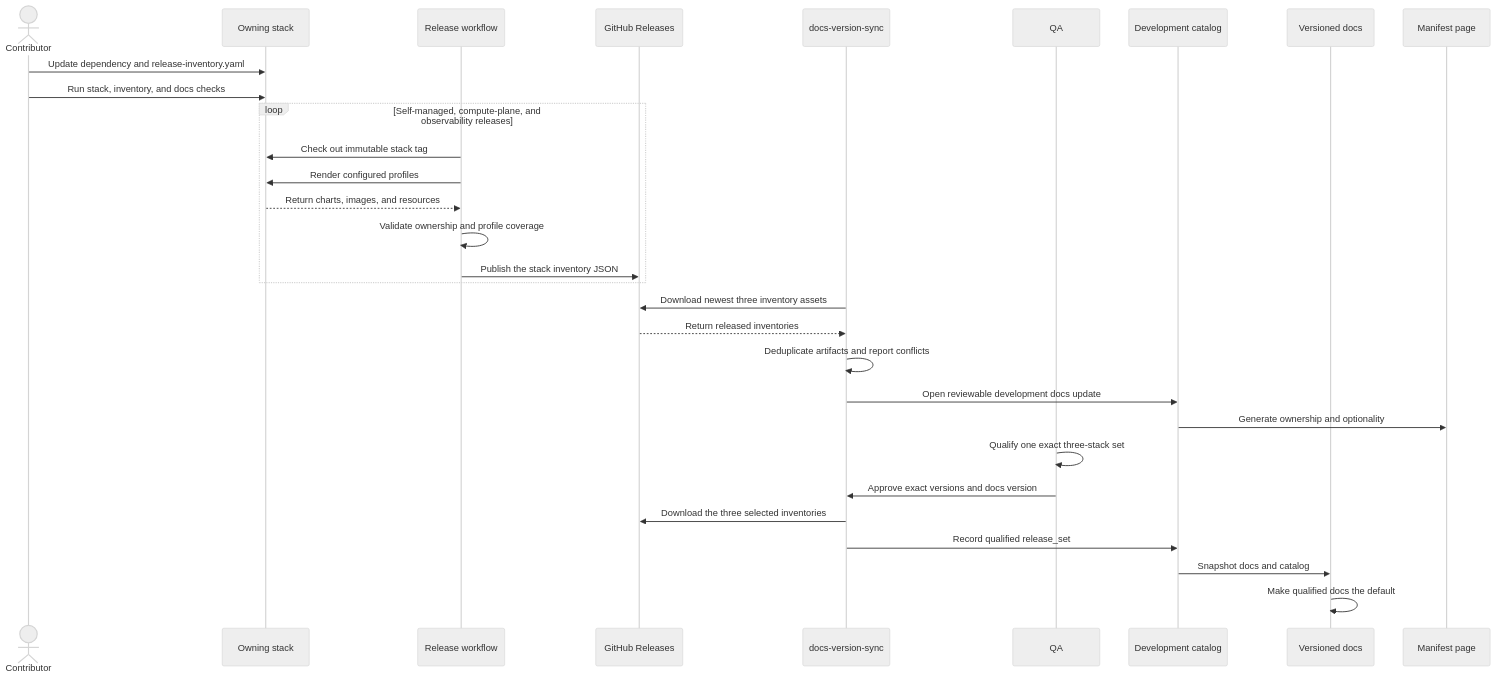
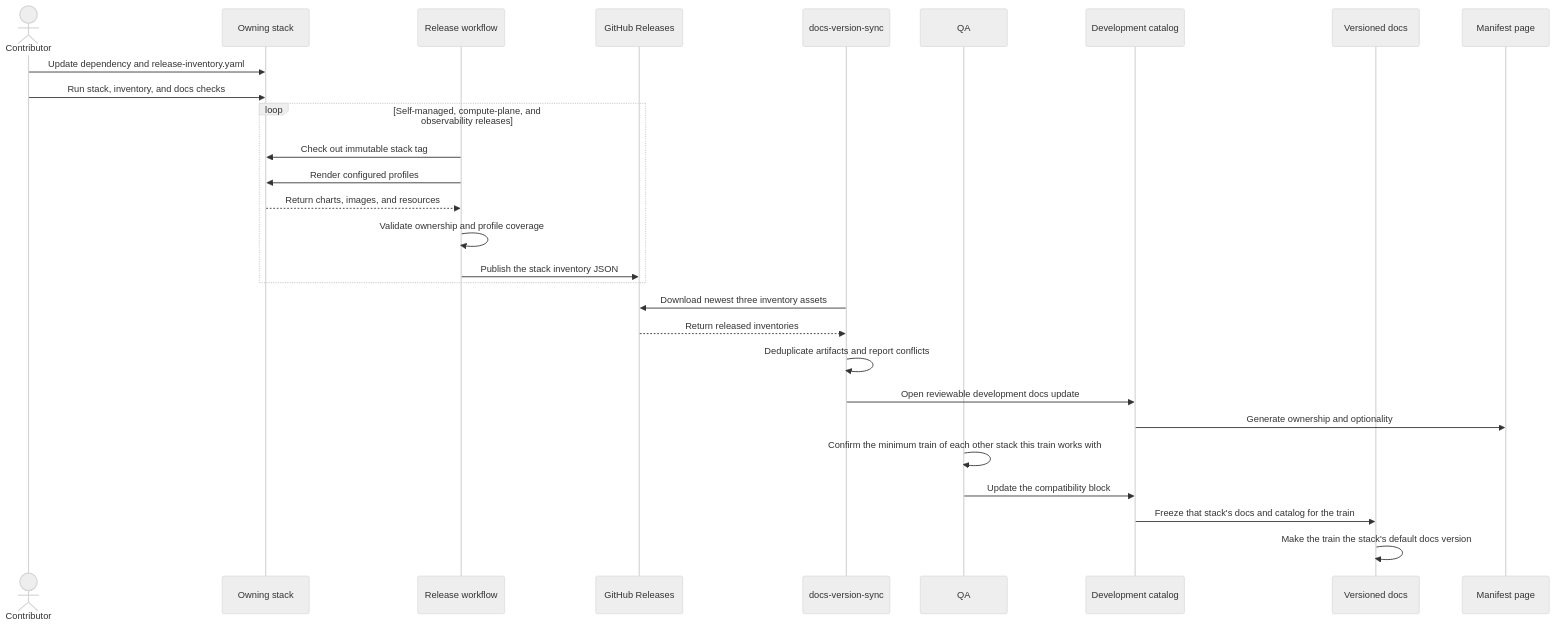
One commit to Manasi-NV/nvcf changed the diagram in deploy/stacks/INVENTORY.md. Above: the diagram before and after it, drawn with Mermaid (neutral theme). The commit also changed other lines of this file and 367 other files, not shown here.

Commit message:
feat(docs): publish per-stack Fern products with independent versions (#1998)

````diff
--- a/deploy/stacks/INVENTORY.md
+++ b/deploy/stacks/INVENTORY.md
@@ -46,36 +51,34 @@
 ```mermaid
 sequenceDiagram
     actor Contributor
     participant Stack as Owning stack
     participant Release as Release workflow
     participant Assets as GitHub Releases
     participant Sync as docs-version-sync
     participant QA
     participant Catalog as Development catalog
     participant Stable as Versioned docs
     participant Manifest as Manifest page
 
     Contributor->>Stack: Update dependency and release-inventory.yaml
     Contributor->>Stack: Run stack, inventory, and docs checks
 
     loop Self-managed, compute-plane, and observability releases
         Release->>Stack: Check out immutable stack tag
         Release->>Stack: Render configured profiles
         Stack-->>Release: Return charts, images, and resources
         Release->>Release: Validate ownership and profile coverage
         Release->>Assets: Publish the stack inventory JSON
     end
 
     Sync->>Assets: Download newest three inventory assets
     Assets-->>Sync: Return released inventories
     Sync->>Sync: Deduplicate artifacts and report conflicts
     Sync->>Catalog: Open reviewable development docs update
     Catalog->>Manifest: Generate ownership and optionality
 
-    QA->>QA: Qualify one exact three-stack set
-    QA->>Sync: Approve exact versions and docs version
-    Sync->>Assets: Download the three selected inventories
-    Sync->>Catalog: Record qualified release_set
-    Catalog->>Stable: Snapshot docs and catalog
-    Stable->>Stable: Make qualified docs the default
+    QA->>QA: Confirm the minimum train of each other stack this train works with
+    QA->>Catalog: Update the compatibility block
+    Catalog->>Stable: Freeze that stack's docs and catalog for the train
+    Stable->>Stable: Make the train the stack's default docs version
 ```
````
